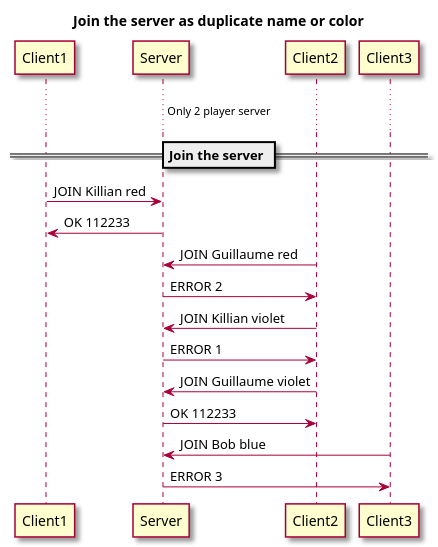
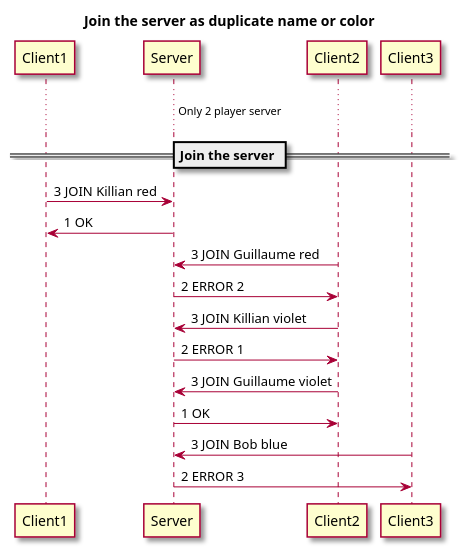
Before and after one commit to GFragniere/Practical_work_2_Tron: the diagram in Documents/UML/Full_Join.puml, drawn with PlantUML. The commit also changed 18 other files, not shown here.

```diff
--- a/Documents/UML/Full_Join.puml
+++ b/Documents/UML/Full_Join.puml
@@ -1,28 +1,28 @@
 @startuml
 
 skin rose
 
 title Join the server as duplicate name or color
 
 ...Only 2 player server...
 
 == Join the server ==
 
 
-Client1 -> Server: JOIN Killian red
-Server -> Client1: OK 112233
+Client1 -> Server: 3 JOIN Killian red
+Server -> Client1: 1 OK
 
-Client2 -> Server: JOIN Guillaume red
-Server -> Client2: ERROR 2
+Client2 -> Server: 3 JOIN Guillaume red
+Server -> Client2: 2 ERROR 2
 
-Client2 -> Server: JOIN Killian violet
-Server -> Client2: ERROR 1
+Client2 -> Server: 3 JOIN Killian violet
+Server -> Client2: 2 ERROR 1
 
 
-Client2 -> Server: JOIN Guillaume violet
-Server -> Client2: OK 112233
+Client2 -> Server: 3 JOIN Guillaume violet
+Server -> Client2: 1 OK
 
-Client3 -> Server: JOIN Bob blue
-Server -> Client3: ERROR 3
+Client3 -> Server: 3 JOIN Bob blue
+Server -> Client3: 2 ERROR 3
 
 @enduml
```
